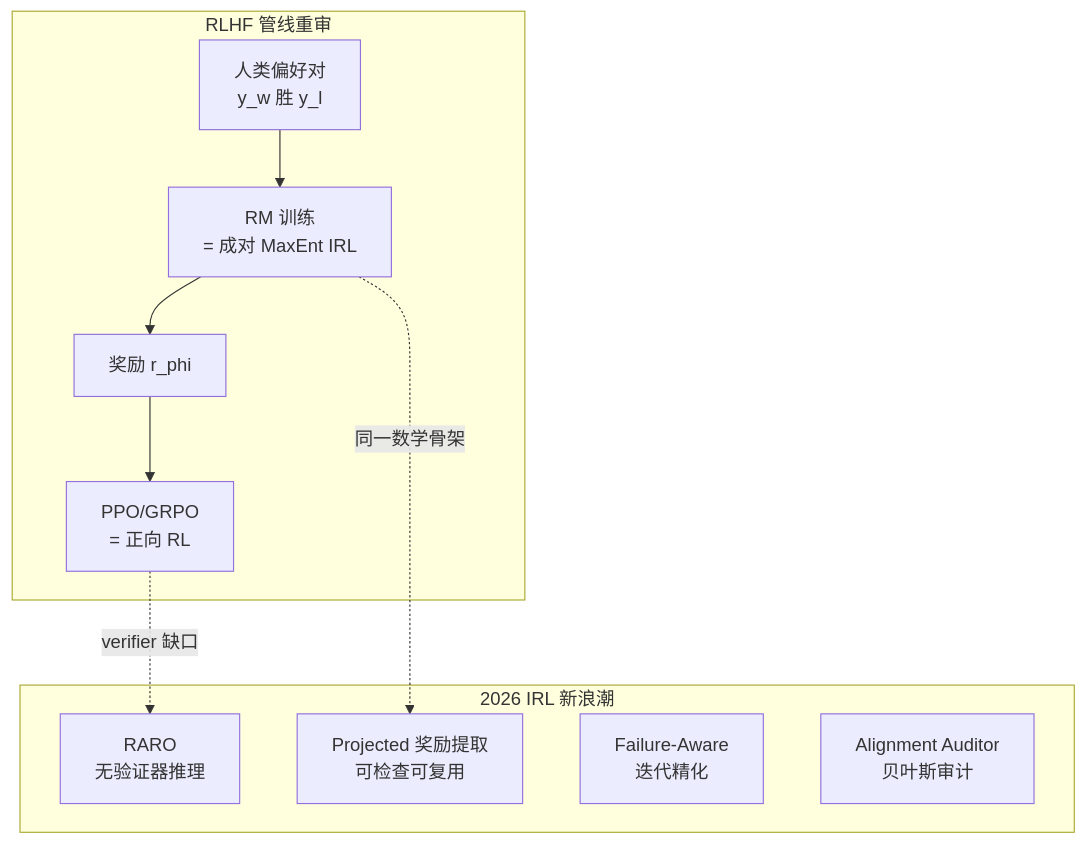
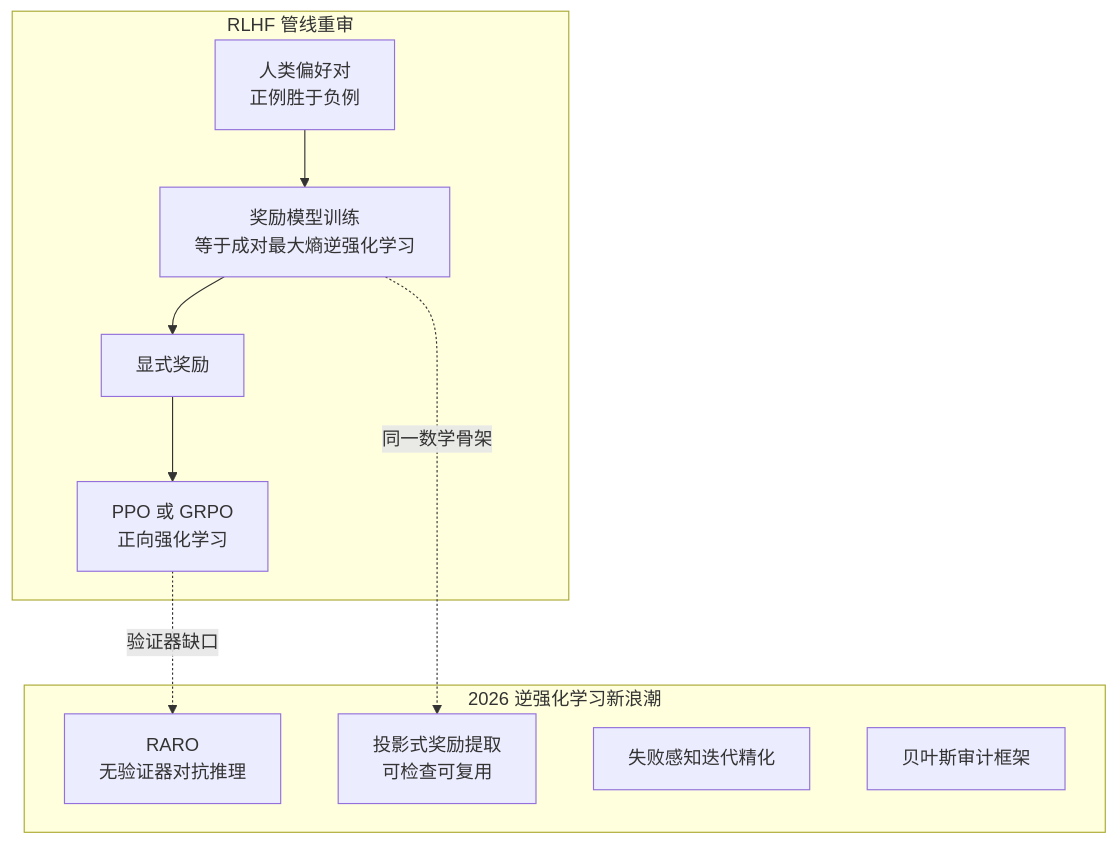
One commit to lrypcy/lrypcy.github.io changed the diagram in _posts/2026-08-22-irl-renaissance-in-llm-alignment.md. Above: the diagram before and after it, drawn with Mermaid. The commit also changed other lines of this file and 1 other file, not shown here.

Commit message:
IRL 两篇深度版：补齐推导中间步与三代方法对照、修正 mermaid 标签公式乱码

````diff
--- a/_posts/2026-08-22-irl-renaissance-in-llm-alignment.md
+++ b/_posts/2026-08-22-irl-renaissance-in-llm-alignment.md
@@ -15,16 +15,16 @@
 ```mermaid
 graph TD
-    subgraph RLHF["RLHF 管线重审"]
-        A["人类偏好对<br>y_w 胜 y_l"] --> B["RM 训练<br>= 成对 MaxEnt IRL"]
-        B --> C["奖励 r_phi"]
-        C --> D["PPO/GRPO<br>= 正向 RL"]
+    subgraph PIPE["RLHF 管线重审"]
+        PREF["人类偏好对<br>正例胜于负例"] --> RM["奖励模型训练<br>等于成对最大熵逆强化学习"]
+        RM --> RW["显式奖励"]
+        RW --> RL["PPO 或 GRPO<br>正向强化学习"]
     end
-    subgraph NEW["2026 IRL 新浪潮"]
-        E["RARO<br>无验证器推理"]
-        F["Projected 奖励提取<br>可检查可复用"]
-        G["Failure-Aware<br>迭代精化"]
-        H["Alignment Auditor<br>贝叶斯审计"]
+    subgraph NEW2["2026 逆强化学习新浪潮"]
+        RARO["RARO<br>无验证器对抗推理"]
+        PROJ["投影式奖励提取<br>可检查可复用"]
+        FAIL["失败感知迭代精化"]
+        AUD["贝叶斯审计框架"]
     end
-    B -.同一数学骨架.-> F
-    D -.verifier 缺口.-> E
+    RM -.同一数学骨架.-> PROJ
+    RL -.验证器缺口.-> RARO
 ```
````
